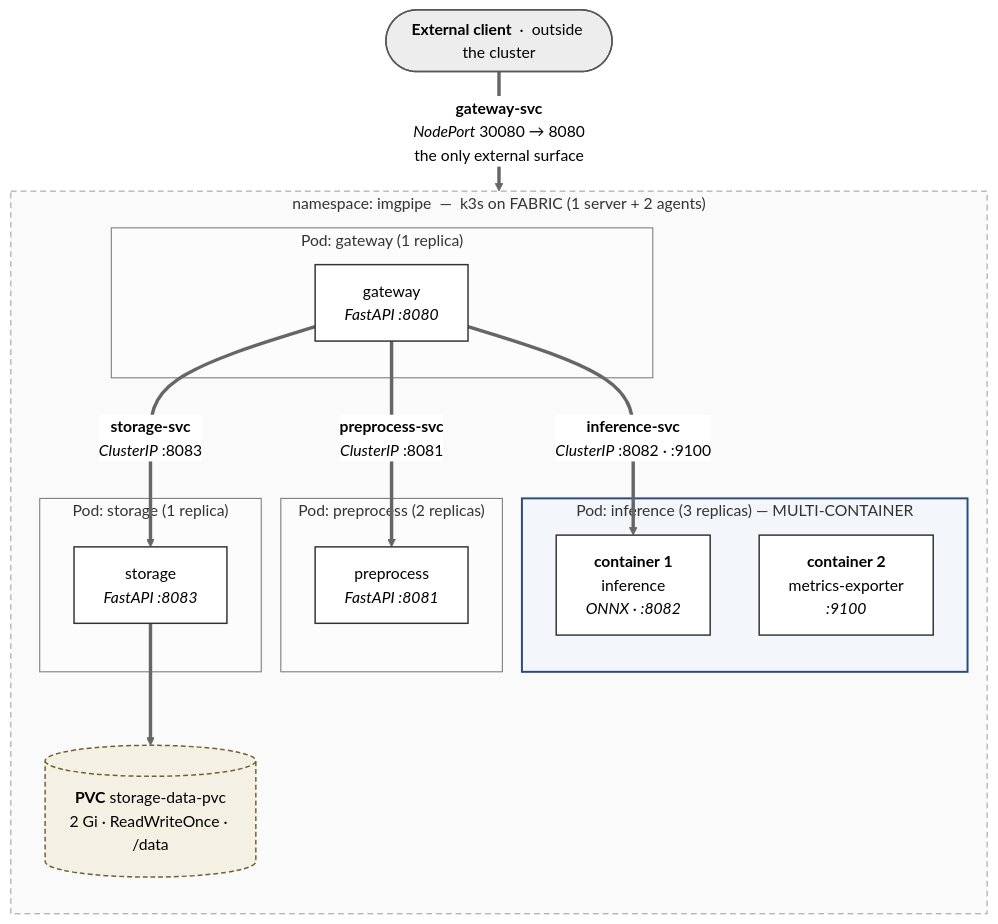
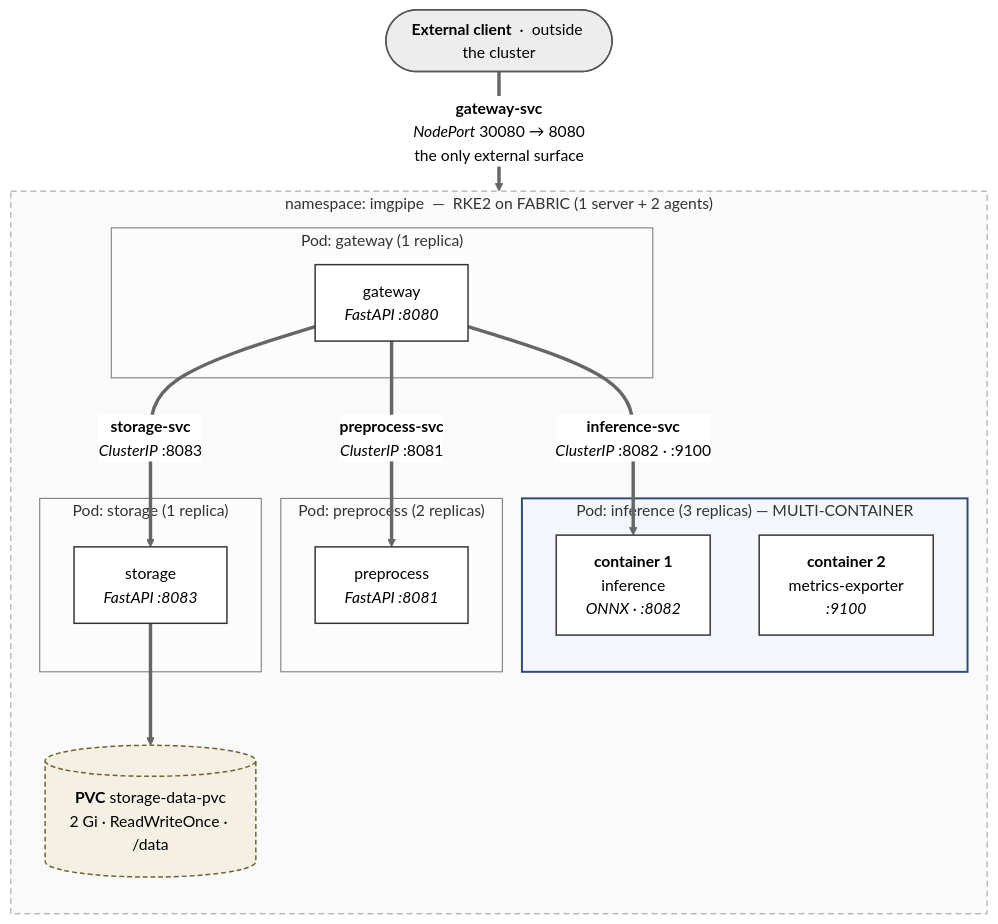
The diagram in docs/diagrams/k8s-topology.mmd (angeudybp/csc478-project), drawn with Mermaid (neutral theme) before and after one commit. The commit also changed 19 other files, not shown here.

First line of the commit message:
Deploy on FABRIC with RKE2 using the course's Ansible playbooks

```diff
--- a/docs/diagrams/k8s-topology.mmd
+++ b/docs/diagrams/k8s-topology.mmd
@@ -1,40 +1,40 @@
 flowchart TB
     CL(["<b>External client</b> &nbsp;·&nbsp; outside the cluster"])
 
-    subgraph NS["namespace: imgpipe &nbsp;—&nbsp; k3s on FABRIC (1 server + 2 agents)"]
+    subgraph NS["namespace: imgpipe &nbsp;—&nbsp; RKE2 on FABRIC (1 server + 2 agents)"]
         direction TB
 
         subgraph PGW["Pod: gateway (1 replica)"]
             CGW["gateway<br/><i>FastAPI :8080</i>"]
         end
 
         subgraph PPP["Pod: preprocess (2 replicas)"]
             CPP["preprocess<br/><i>FastAPI :8081</i>"]
         end
 
         subgraph PINF["Pod: inference (3 replicas) — MULTI-CONTAINER"]
             CINF["<b>container 1</b><br/>inference<br/><i>ONNX · :8082</i>"]
             CSD["<b>container 2</b><br/>metrics-exporter<br/><i>:9100</i>"]
         end
 
         subgraph PST["Pod: storage (1 replica)"]
             CST["storage<br/><i>FastAPI :8083</i>"]
         end
 
         PVC[("<b>PVC</b> storage-data-pvc<br/>2 Gi · ReadWriteOnce · /data")]
     end
 
     CL ==>|"<b>gateway-svc</b><br/><i>NodePort</i> 30080 → 8080<br/>the only external surface"| CGW
     CGW ==>|"<b>preprocess-svc</b><br/><i>ClusterIP</i> :8081"| CPP
     CGW ==>|"<b>inference-svc</b><br/><i>ClusterIP</i> :8082 · :9100"| CINF
     CGW ==>|"<b>storage-svc</b><br/><i>ClusterIP</i> :8083"| CST
     CST ==> PVC
 
     classDef ext fill:#ededed,stroke:#555555,stroke-width:1.5px
     classDef ctr fill:#ffffff,stroke:#333333,stroke-width:1.5px
     classDef vol fill:#f4f1e4,stroke:#6f6230,stroke-width:1.5px,stroke-dasharray:5 3
     class CL ext
     class CGW,CPP,CINF,CSD,CST ctr
     class PVC vol
     style NS fill:#fafafa,stroke:#999999,stroke-dasharray:6 4
     style PINF fill:#f3f6fa,stroke:#2d4a7a,stroke-width:2px
```
